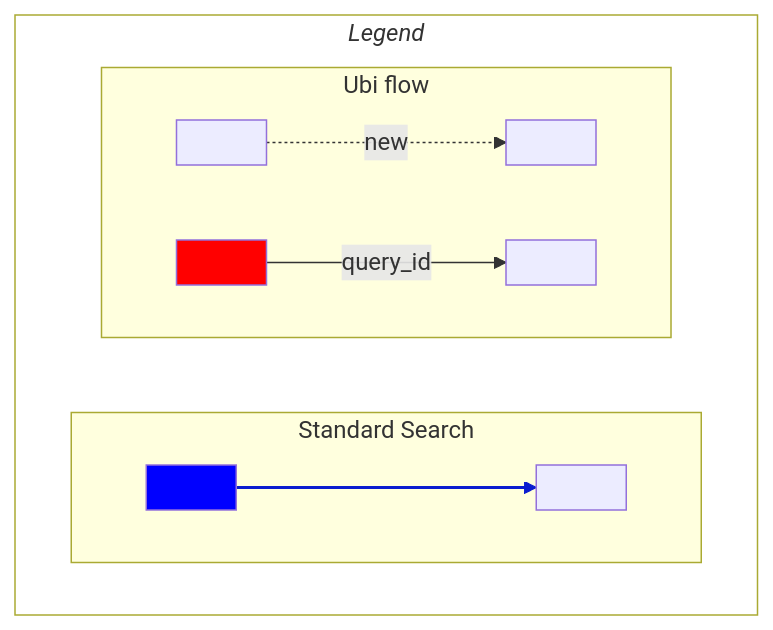
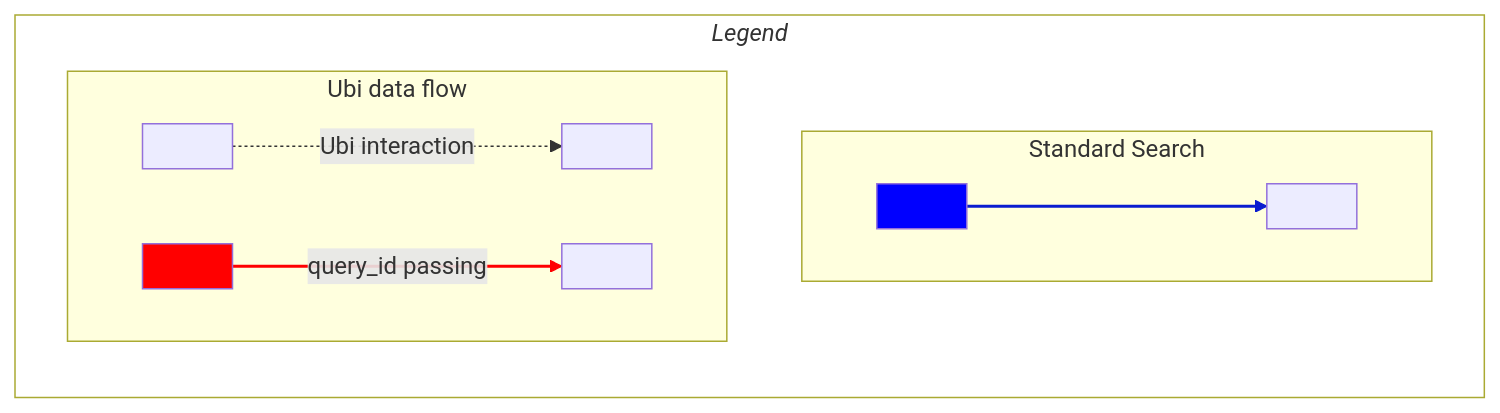
One commit to o19s/opensearch-ubi changed the first of 2 diagrams in documentation/schemas.md. Above: the diagram before and after it, drawn with Mermaid.

Commit message:
tweakage

````diff
--- a/documentation/schemas.md
+++ b/documentation/schemas.md
@@ -12,19 +12,20 @@
 ```mermaid
-graph TB
+graph LR
 style L fill:none
 subgraph L["`*Legend*`"]
     subgraph ss[Standard Search]
       direction LR
       style ln1a fill:blue
       ln1a[ ]--->ln1b[ ];
     end
-    subgraph Ubi flow
+    subgraph Ubi data flow
       direction LR
-      ln2a[ ].->|new|ln2b[ ];
+      ln2a[ ].->|Ubi interaction|ln2b[ ];
       style ln1c fill:red
-      ln1c[ ]-->|query_id|ln1d[ ];
+      ln1c[ ]-->|query_id passing|ln1d[ ];
     end
 end
 linkStyle 0 stroke-width:2px,stroke:#0A1CCF
+linkStyle 2 stroke-width:2px,stroke:red
 
 ```
````
